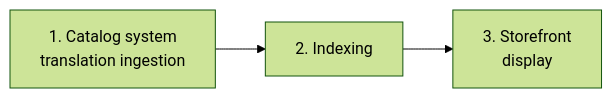
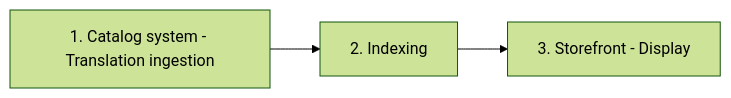
The diagram in docs/guides/Catalog/Multi-language/catalog-multi-language-integration-guide.md (vtexdocs/dev-portal-content), drawn with Mermaid (forest theme) before and after one commit.

````diff
--- a/docs/guides/Catalog/Multi-language/catalog-multi-language-integration-guide.md
+++ b/docs/guides/Catalog/Multi-language/catalog-multi-language-integration-guide.md
@@ -39,5 +39,5 @@
 ```mermaid
 flowchart LR
-    A[1. Catalog system <br> translation ingestion] --> B[2. Indexing]
-    B --> C[3. Storefront <br> display]
+    A[1. Catalog system - Translation ingestion] --> B[2. Indexing]
+    B --> C[3. Storefront - Display]
 ```
````
